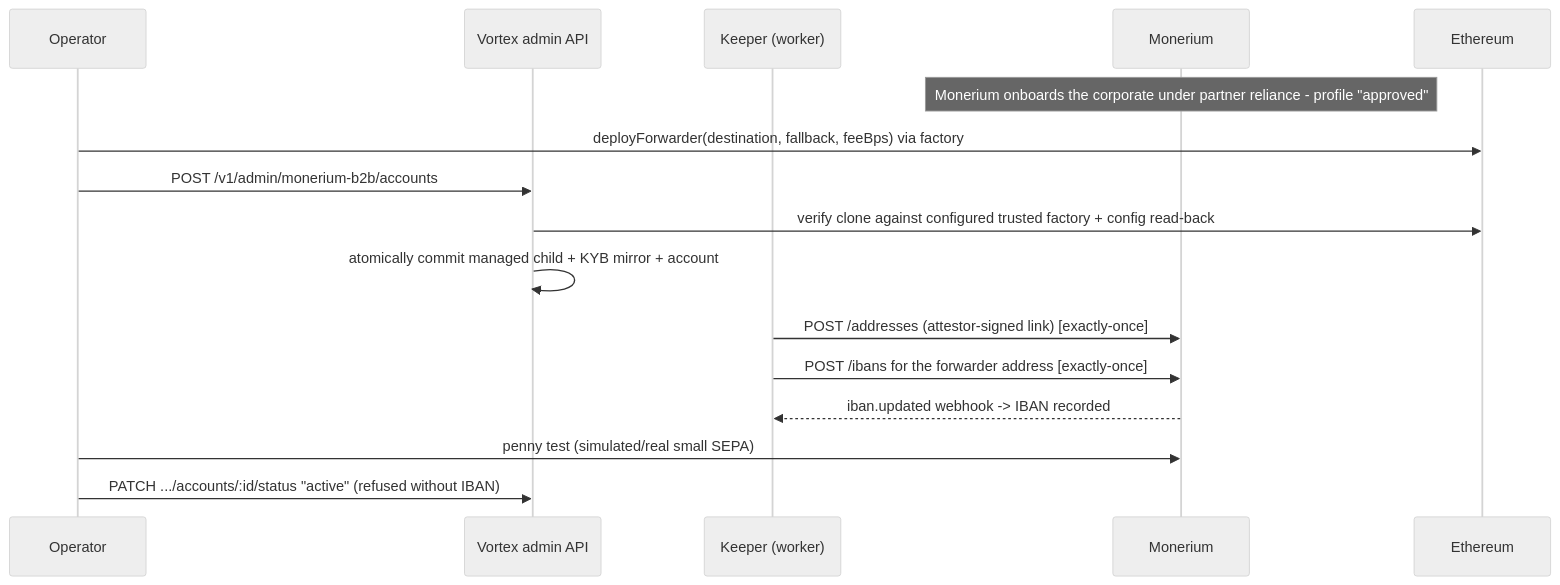
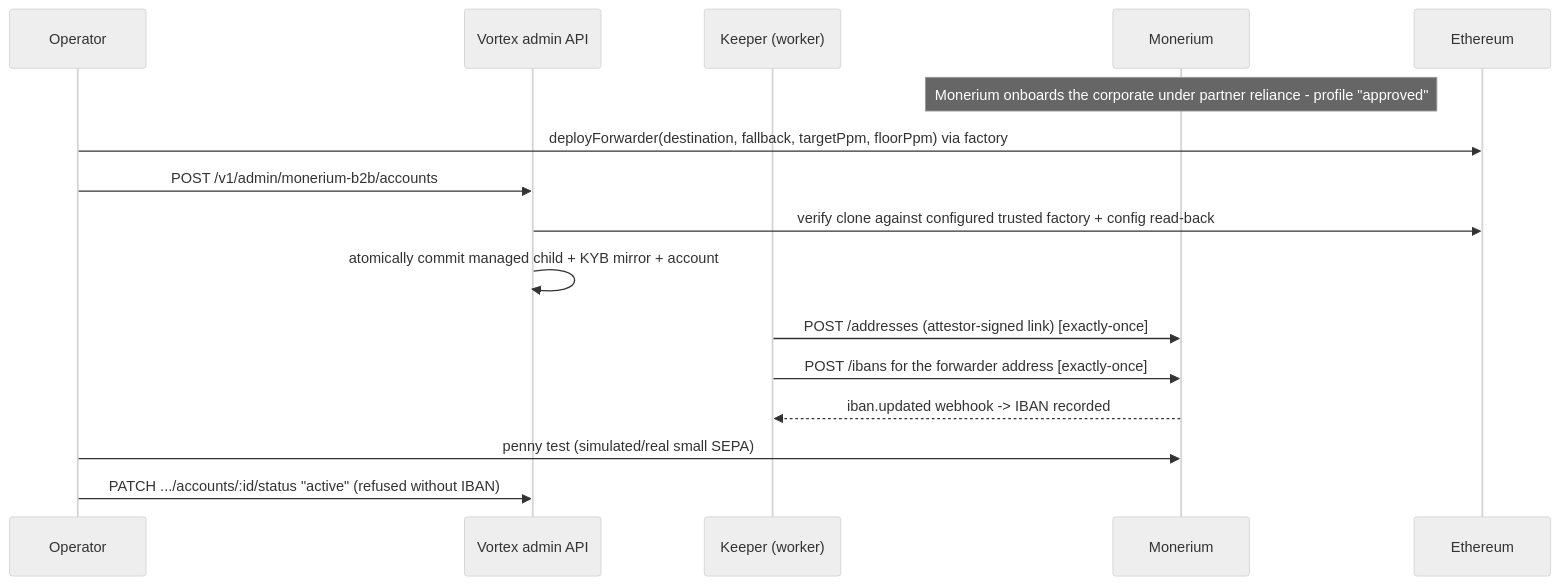
Before and after one commit to pendulum-chain/vortex: the second of 8 diagrams in docs/architecture-monerium-b2b-onramp.md, drawn with Mermaid (neutral theme). The commit also changed other lines of this file and 3 other files, not shown here.

Commit message:
docs(repo): describe reference-priced swaps in the architecture and runbook

````diff
--- a/docs/architecture-monerium-b2b-onramp.md
+++ b/docs/architecture-monerium-b2b-onramp.md
@@ -91,19 +104,19 @@
 ```mermaid
 sequenceDiagram
     participant Op as Operator
     participant Adm as Vortex admin API
     participant K as Keeper (worker)
     participant M as Monerium
     participant C as Ethereum
 
     Note over M: Monerium onboards the corporate under partner reliance - profile "approved"
-    Op->>C: deployForwarder(destination, fallback, feeBps) via factory
+    Op->>C: deployForwarder(destination, fallback, targetPpm, floorPpm) via factory
     Op->>Adm: POST /v1/admin/monerium-b2b/accounts
     Adm->>C: verify clone against configured trusted factory + config read-back
     Adm->>Adm: atomically commit managed child + KYB mirror + account
     K->>M: POST /addresses (attestor-signed link)  [exactly-once]
     K->>M: POST /ibans for the forwarder address   [exactly-once]
     M-->>K: iban.updated webhook -> IBAN recorded
     Op->>M: penny test (simulated/real small SEPA)
     Op->>Adm: PATCH .../accounts/:id/status "active" (refused without IBAN)
 ```
````
